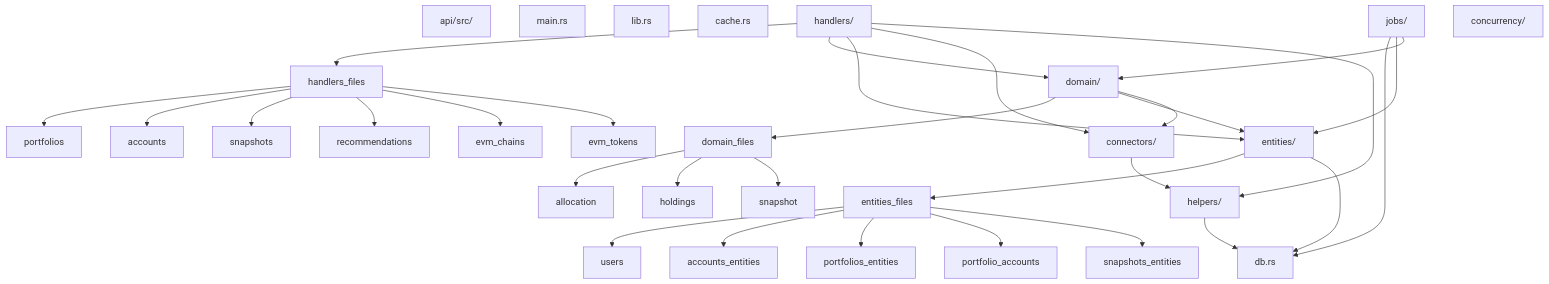
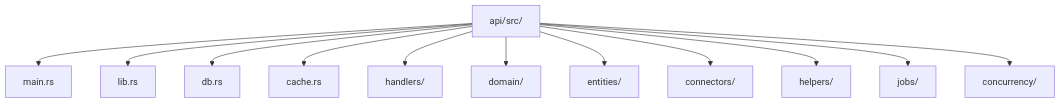
The first of 4 diagrams in docs/architecture/01-architecture-design/04-code-structure.md (doitsu2014/crypto-pocket-butler), drawn with Mermaid before and after one commit. The commit also changed other lines of this file and 3 other files, not shown here.

First line of the commit message:
docs: Fix all Mermaid syntax errors for GitHub compatibility

````diff
--- a/docs/architecture/01-architecture-design/04-code-structure.md
+++ b/docs/architecture/01-architecture-design/04-code-structure.md
@@ -5,50 +5,27 @@
 ```mermaid
 graph TB
-    api_src[api/src/]
-    main[main.rs]
-    lib[lib.rs]
-    db[db.rs]
-    cache[cache.rs]
-    handlers[handlers/]
-    domain[domain/]
-    entities[entities/]
-    connectors[connectors/]
-    helpers[helpers/]
-    jobs[jobs/]
-    concurrency[concurrency/]
+    A[api/src/]
+    M[main.rs]
+    L[lib.rs]
+    D[db.rs]
+    C[cache.rs]
+    H[handlers/]
+    DM[domain/]
+    E[entities/]
+    CN[connectors/]
+    HP[helpers/]
+    J[jobs/]
+    CO[concurrency/]
     
-    handlers --> handlers_files
-    handlers_files --> portfolios
-    handlers_files --> accounts
-    handlers_files --> snapshots
-    handlers_files --> recommendations
-    handlers_files --> evm_chains
-    handlers_files --> evm_tokens
-    
-    domain --> domain_files
-    domain_files --> allocation
-    domain_files --> holdings
-    domain_files --> snapshot
-    
-    entities --> entities_files
-    entities_files --> users
-    entities_files --> accounts_entities
-    entities_files --> portfolios_entities
-    entities_files --> portfolio_accounts
-    entities_files --> snapshots_entities
-    
-    handlers --> domain
-    handlers --> entities
-    handlers --> connectors
-    handlers --> helpers
-    
-    domain --> entities
-    domain --> connectors
-    
-    entities --> db
-    connectors --> helpers
-    helpers --> db
-    jobs --> db
-    jobs --> entities
-    jobs --> domain
+    A --> M
+    A --> L
+    A --> D
+    A --> C
+    A --> H
+    A --> DM
+    A --> E
+    A --> CN
+    A --> HP
+    A --> J
+    A --> CO
 ```
````
